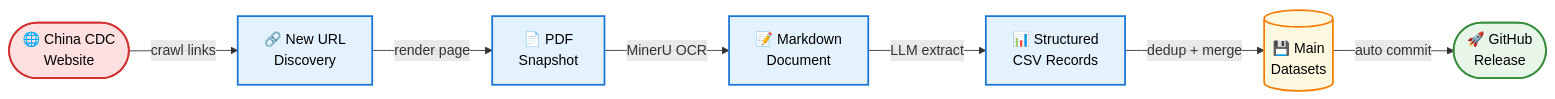
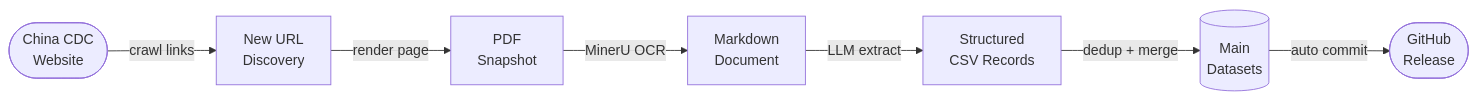
The diagram in README.md (dailypartita/cn_cdc_crawl), drawn with Mermaid before and after one commit. The commit also changed other lines of this file, not shown here.

````diff
--- a/README.md
+++ b/README.md
@@ -19,14 +7,9 @@
 ```mermaid
 flowchart LR
-    A([🌐 China CDC<br/>Website]):::source -->|crawl links| B[🔗 New URL<br/>Discovery]:::step
-    B -->|render page| C[📄 PDF<br/>Snapshot]:::step
-    C -->|MinerU OCR| D[📝 Markdown<br/>Document]:::step
-    D -->|LLM extract| E[📊 Structured<br/>CSV Records]:::step
-    E -->|dedup + merge| F[(💾 Main<br/>Datasets)]:::store
-    F -->|auto commit| G([🚀 GitHub<br/>Release]):::output
-
-    classDef source fill:#ffe0e0,stroke:#d32f2f,stroke-width:2px,color:#000
-    classDef step fill:#e3f2fd,stroke:#1976d2,stroke-width:2px,color:#000
-    classDef store fill:#fff8e1,stroke:#f57c00,stroke-width:2px,color:#000
-    classDef output fill:#e8f5e9,stroke:#388e3c,stroke-width:2px,color:#000
+    A([China CDC<br/>Website]) -->|crawl links| B[New URL<br/>Discovery]
+    B -->|render page| C[PDF<br/>Snapshot]
+    C -->|MinerU OCR| D[Markdown<br/>Document]
+    D -->|LLM extract| E[Structured<br/>CSV Records]
+    E -->|dedup + merge| F[(Main<br/>Datasets)]
+    F -->|auto commit| G([GitHub<br/>Release])
 ```
````
